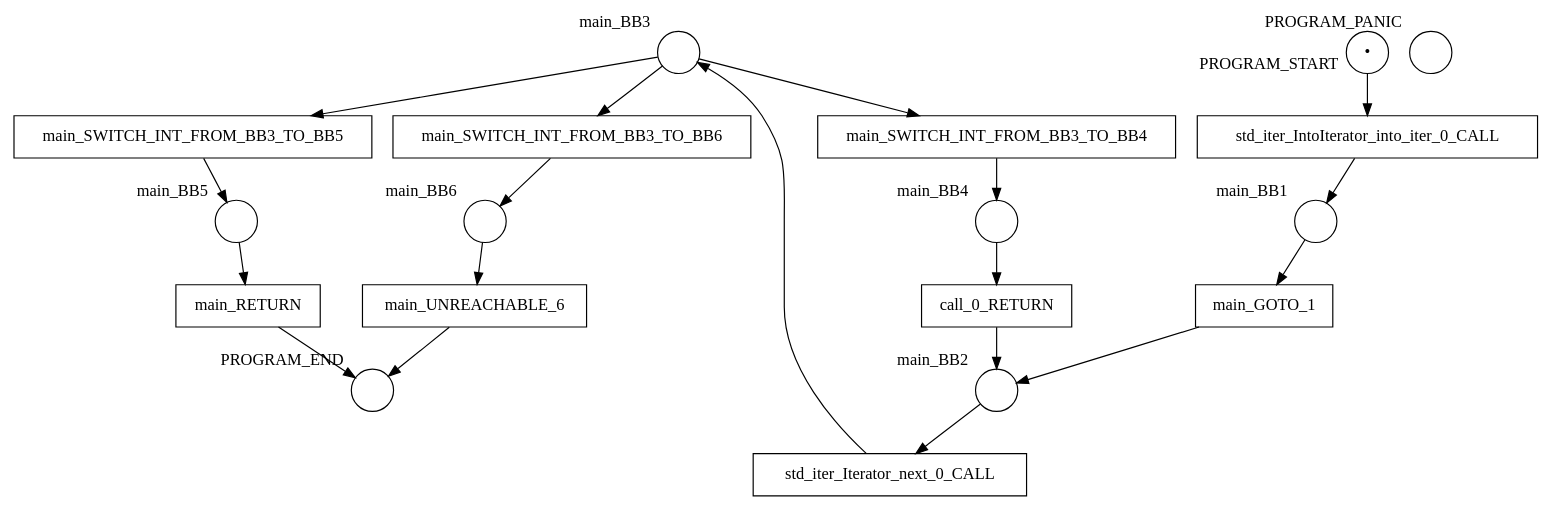
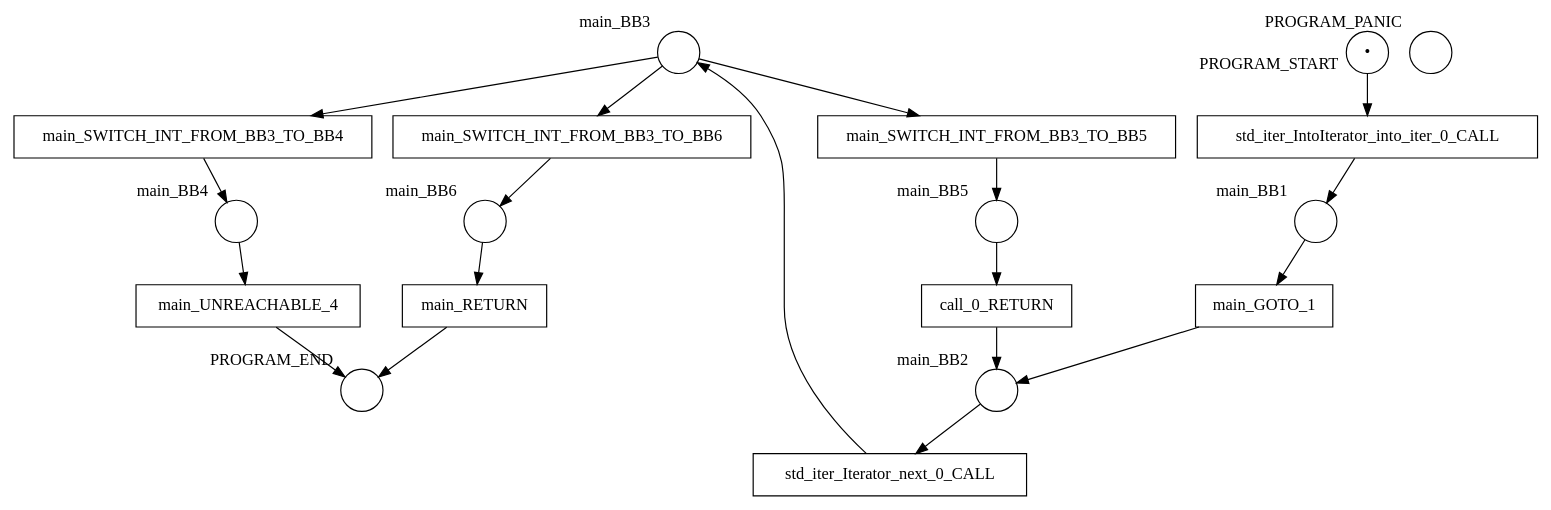
One commit to hlisdero/cargo-check-deadlock changed the diagram in examples/results/function_call/in_a_loop/net.dot. Above: the diagram before and after it, drawn with Graphviz. The commit also changed 10 other files, not shown here.

```diff
--- a/examples/results/function_call/in_a_loop/net.dot
+++ b/examples/results/function_call/in_a_loop/net.dot
@@ -1,38 +1,38 @@
 digraph petrinet {
     PROGRAM_END [shape="circle" xlabel="PROGRAM_END" label=""];
     PROGRAM_PANIC [shape="circle" xlabel="PROGRAM_PANIC" label=""];
     PROGRAM_START [shape="circle" xlabel="PROGRAM_START" label="•"];
     main_BB1 [shape="circle" xlabel="main_BB1" label=""];
     main_BB2 [shape="circle" xlabel="main_BB2" label=""];
     main_BB3 [shape="circle" xlabel="main_BB3" label=""];
     main_BB4 [shape="circle" xlabel="main_BB4" label=""];
     main_BB5 [shape="circle" xlabel="main_BB5" label=""];
     main_BB6 [shape="circle" xlabel="main_BB6" label=""];
     call_0_RETURN [shape="box" xlabel="" label="call_0_RETURN"];
     main_GOTO_1 [shape="box" xlabel="" label="main_GOTO_1"];
     main_RETURN [shape="box" xlabel="" label="main_RETURN"];
     main_SWITCH_INT_FROM_BB3_TO_BB4 [shape="box" xlabel="" label="main_SWITCH_INT_FROM_BB3_TO_BB4"];
     main_SWITCH_INT_FROM_BB3_TO_BB5 [shape="box" xlabel="" label="main_SWITCH_INT_FROM_BB3_TO_BB5"];
     main_SWITCH_INT_FROM_BB3_TO_BB6 [shape="box" xlabel="" label="main_SWITCH_INT_FROM_BB3_TO_BB6"];
-    main_UNREACHABLE_6 [shape="box" xlabel="" label="main_UNREACHABLE_6"];
+    main_UNREACHABLE_4 [shape="box" xlabel="" label="main_UNREACHABLE_4"];
     std_iter_IntoIterator_into_iter_0_CALL [shape="box" xlabel="" label="std_iter_IntoIterator_into_iter_0_CALL"];
     std_iter_Iterator_next_0_CALL [shape="box" xlabel="" label="std_iter_Iterator_next_0_CALL"];
     PROGRAM_START -> std_iter_IntoIterator_into_iter_0_CALL;
     main_BB1 -> main_GOTO_1;
     main_BB2 -> std_iter_Iterator_next_0_CALL;
     main_BB3 -> main_SWITCH_INT_FROM_BB3_TO_BB4;
     main_BB3 -> main_SWITCH_INT_FROM_BB3_TO_BB5;
     main_BB3 -> main_SWITCH_INT_FROM_BB3_TO_BB6;
-    main_BB4 -> call_0_RETURN;
-    main_BB5 -> main_RETURN;
-    main_BB6 -> main_UNREACHABLE_6;
+    main_BB4 -> main_UNREACHABLE_4;
+    main_BB5 -> call_0_RETURN;
+    main_BB6 -> main_RETURN;
     call_0_RETURN -> main_BB2;
     main_GOTO_1 -> main_BB2;
     main_RETURN -> PROGRAM_END;
     main_SWITCH_INT_FROM_BB3_TO_BB4 -> main_BB4;
     main_SWITCH_INT_FROM_BB3_TO_BB5 -> main_BB5;
     main_SWITCH_INT_FROM_BB3_TO_BB6 -> main_BB6;
-    main_UNREACHABLE_6 -> PROGRAM_END;
+    main_UNREACHABLE_4 -> PROGRAM_END;
     std_iter_IntoIterator_into_iter_0_CALL -> main_BB1;
     std_iter_Iterator_next_0_CALL -> main_BB3;
 }
```
